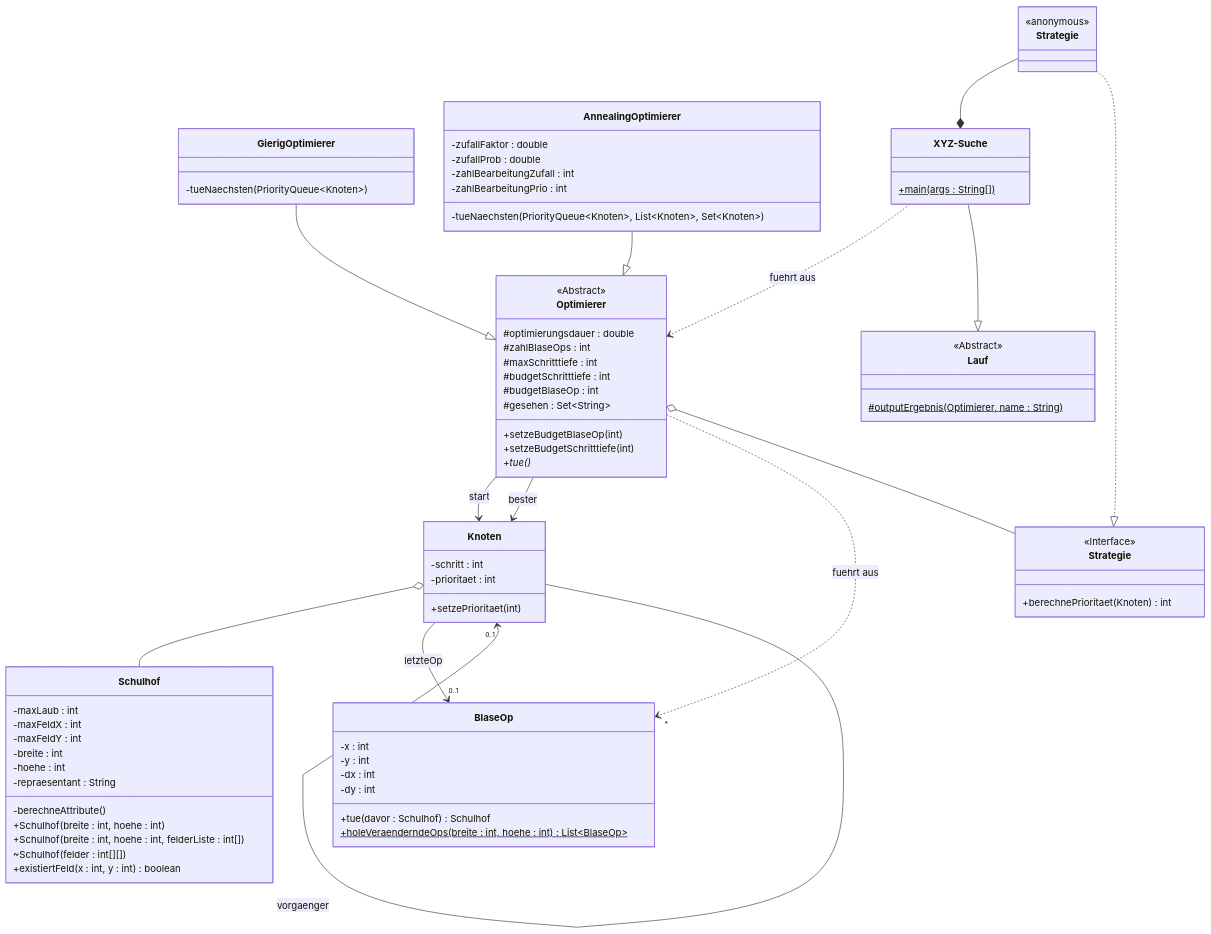
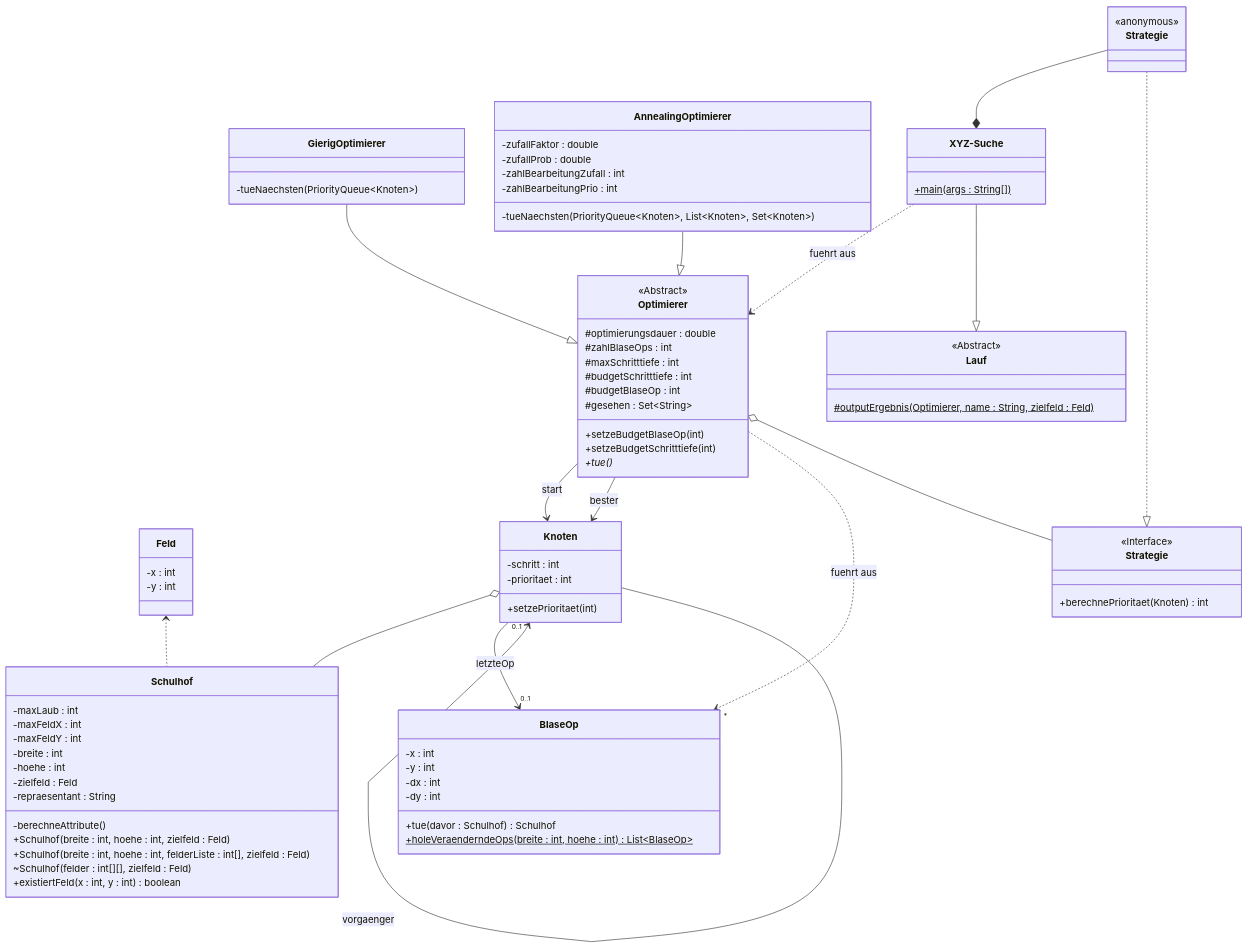
One commit to m1ngx1ao/bwinf42-2 changed the diagram in aufgabe1/README.md. Above: the diagram before and after it, drawn with Mermaid. The commit also changed other lines of this file and 51 other files, not shown here.

````diff
--- a/aufgabe1/README.md
+++ b/aufgabe1/README.md
@@ -6,16 +21,21 @@
 ``` mermaid
 classDiagram
+	class Feld {
+		-x : int
+		-y : int
+	}
 	class Schulhof {
 		-maxLaub : int
 		-maxFeldX : int
 		-maxFeldY : int
 		-breite : int
 		-hoehe : int
+		-zielfeld : Feld
 		-repraesentant : String
 		-berechneAttribute()
-		+Schulhof(breite : int, hoehe : int)
-		+Schulhof(breite : int, hoehe : int, felderListe : int[])
-		~Schulhof(felder : int[][])
+		+Schulhof(breite : int, hoehe : int, zielfeld : Feld)
+		+Schulhof(breite : int, hoehe : int, felderListe : int[], zielfeld : Feld)
+		~Schulhof(felder : int[][], zielfeld : Feld)
 		+existiertFeld(x : int, y : int) boolean
 	}
 	class BlaseOp {
@@ -57,6 +77,7 @@
 		<<Interface>>
 		+berechnePrioritaet(Knoten) int
 	}
+	Feld <.. Schulhof
 	Knoten o-- Schulhof
 	Knoten --> "0..1" BlaseOp : letzteOp
 	Knoten "0..1" <-- Knoten : vorgaenger
@@ -68,7 +89,7 @@
 	Optimierer o-- Strategie
 	class LaufClass["Lauf"] {
 		<<Abstract>>
-		#outputErgebnis(Optimierer, name : String)$
+		#outputErgebnis(Optimierer, name : String, zielfeld : Feld)$
 	}
 	class XyzSuche["XYZ-Suche"] {
 		+main(args : String[])$
````
